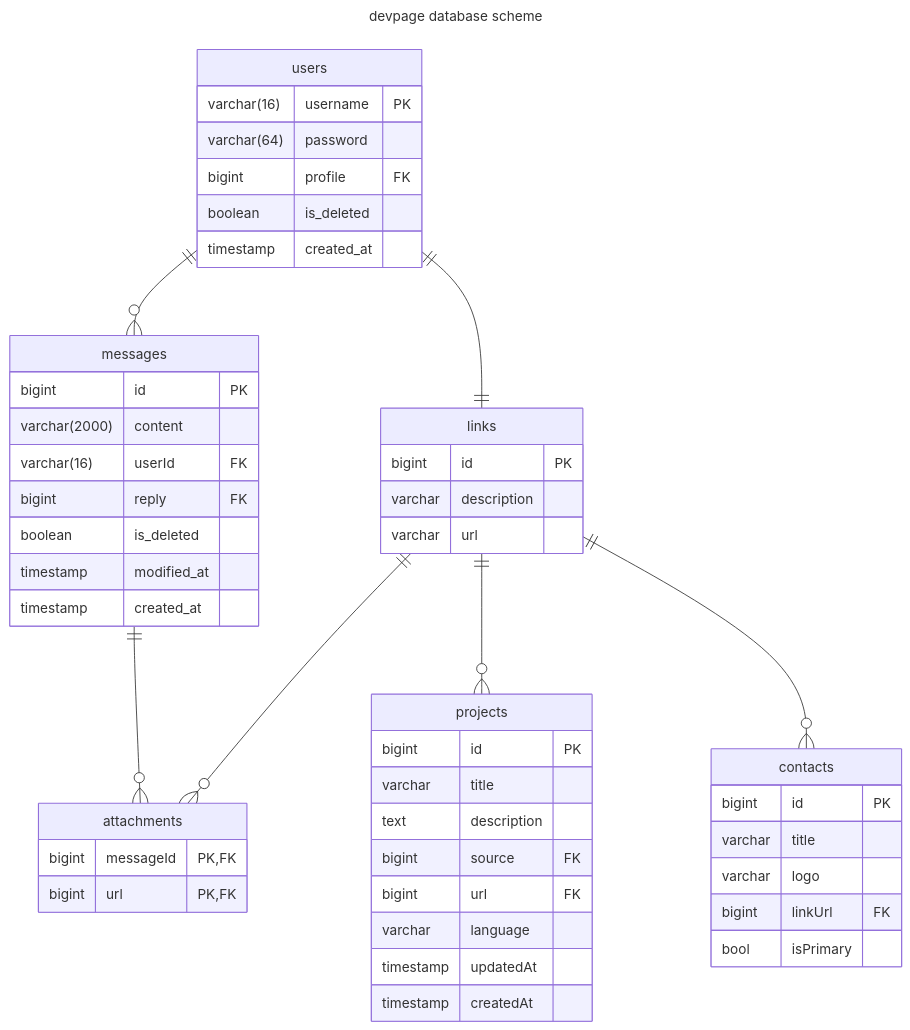
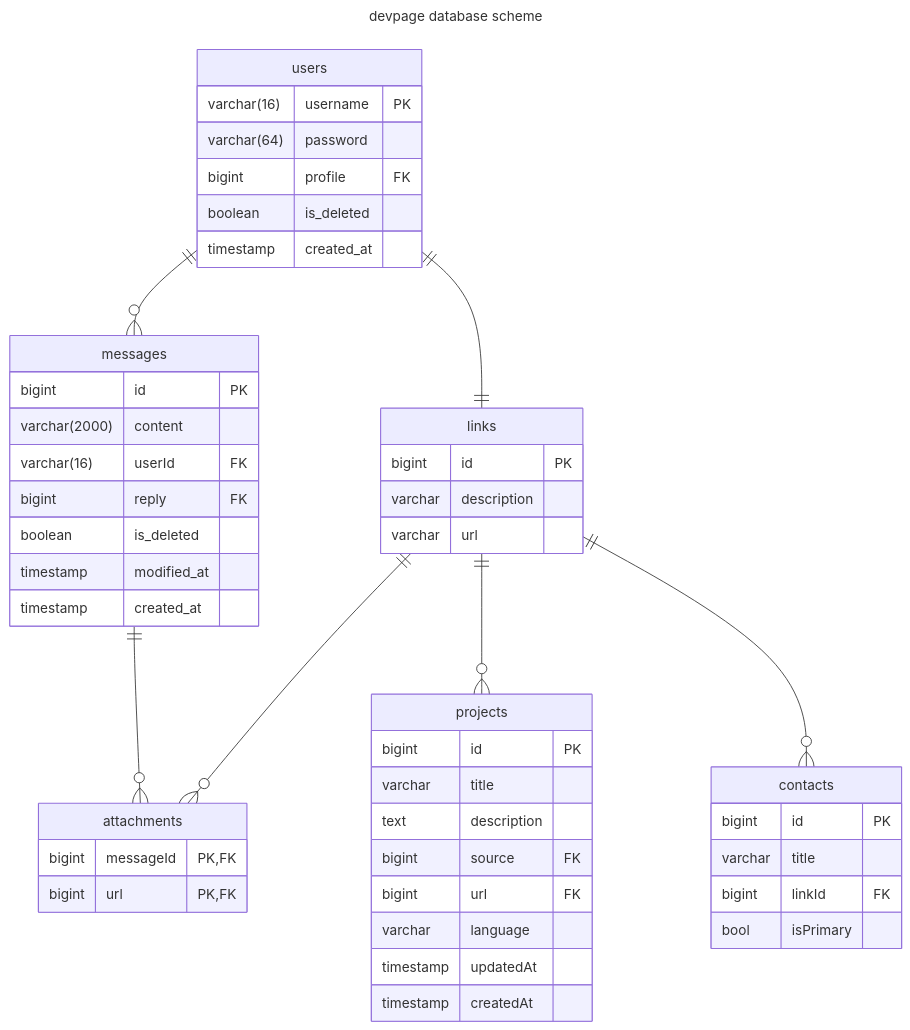
Before and after one commit to ilfey/devback: the second of 2 diagrams in README.md, drawn with Mermaid. The commit also changed other lines of this file and 24 other files, not shown here.

````diff
--- a/README.md
+++ b/README.md
@@ -51,62 +81,61 @@
 ```mermaid
 ---
 title: "devpage database scheme"
 ---
 
 erDiagram
     users {
         varchar(16) username PK
         varchar(64) password
         bigint profile FK
         boolean is_deleted
         timestamp created_at
     }
 
     messages {
         bigint id PK
         varchar(2000) content
         varchar(16) userId FK
         bigint reply FK
         boolean is_deleted
         timestamp modified_at
         timestamp created_at
     }
 
     attachments {
         bigint messageId PK, FK
         bigint url PK, FK
     }
 
     projects {
         bigint id PK
         varchar title
         text description
         bigint source FK
         bigint url FK
         varchar language
         timestamp updatedAt
         timestamp createdAt
     }
 
-    contacts {
-        bigint id PK
-        varchar title
-        varchar logo
-        bigint linkUrl FK
-        bool isPrimary
-    }
-
     links {
         bigint id PK
         varchar description
         varchar url
+    }
+
+    contacts {
+        bigint id PK
+        varchar title
+        bigint linkId FK
+        bool isPrimary
     }
 
     users only one to only one links : ""
     users only one to zero or many messages : ""
     messages only one to zero or many attachments : ""
     links only one to zero or many attachments : ""
     links only one to zero or many projects : ""
     links only one to zero or many contacts : ""
 
 ```
````
